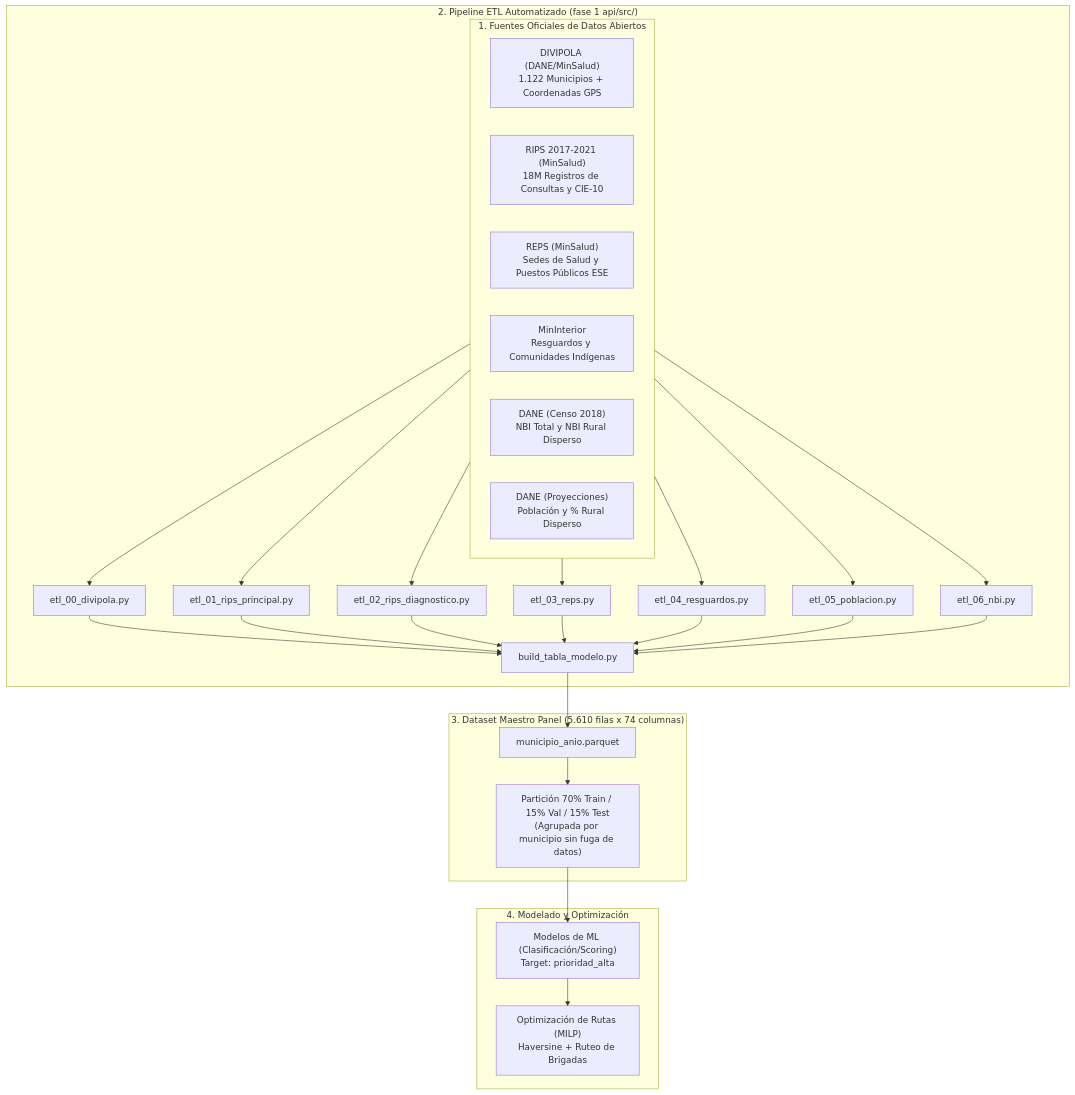
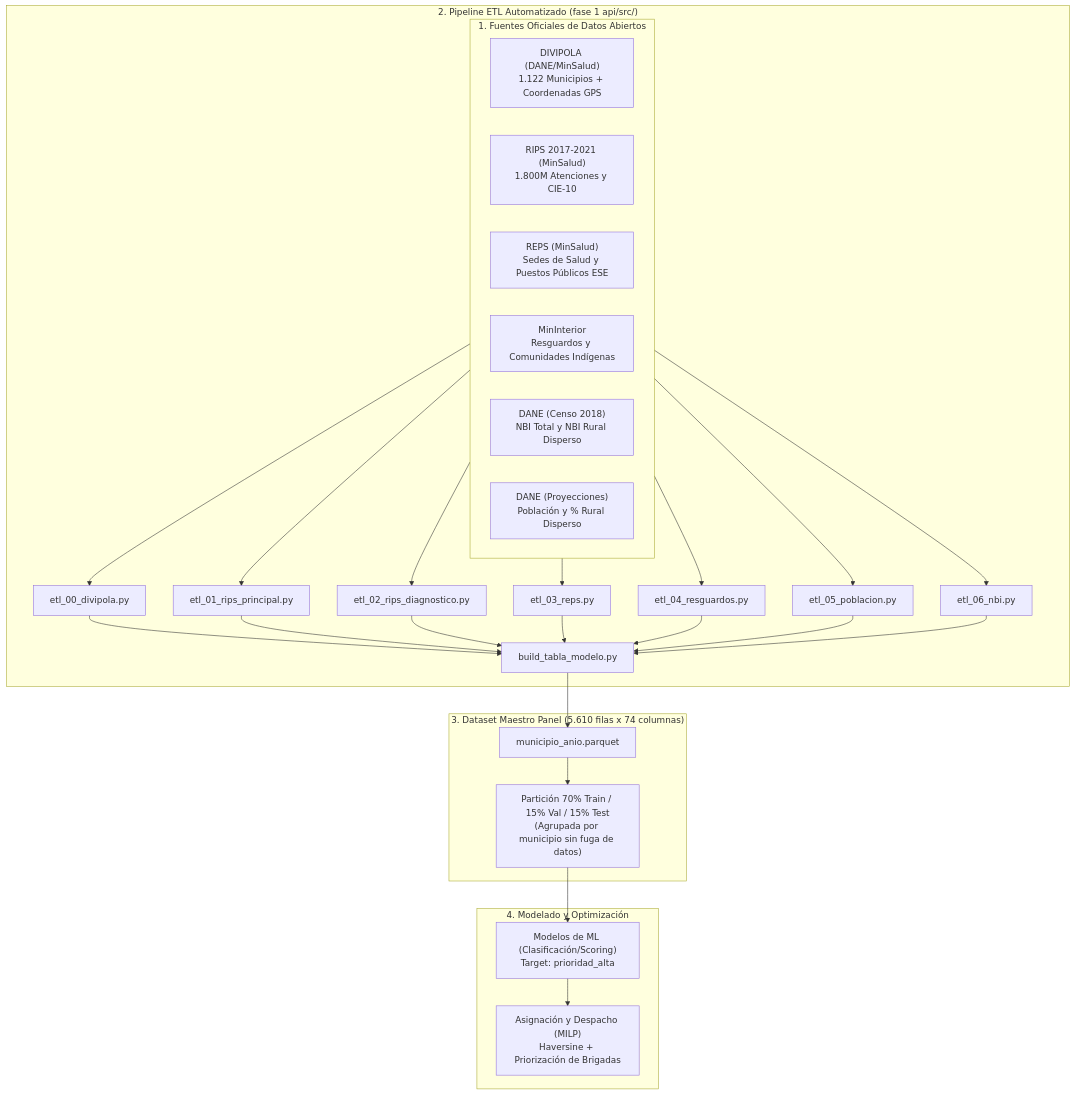
Before and after one commit to JormanNoriega/Proyecto-IA: the first of 2 diagrams in README.md, drawn with Mermaid. The commit also changed other lines of this file and 3 other files, not shown here.

````diff
--- a/README.md
+++ b/README.md
@@ -30,35 +30,35 @@
 ```mermaid
 flowchart TD
     subgraph Fuentes ["1. Fuentes Oficiales de Datos Abiertos"]
         F1["DIVIPOLA (DANE/MinSalud)<br/>1.122 Municipios + Coordenadas GPS"]
-        F2["RIPS 2017-2021 (MinSalud)<br/>18M Registros de Consultas y CIE-10"]
+        F2["RIPS 2017-2021 (MinSalud)<br/>1.800M Atenciones y CIE-10"]
         F3["REPS (MinSalud)<br/>Sedes de Salud y Puestos Públicos ESE"]
         F4["MinInterior<br/>Resguardos y Comunidades Indígenas"]
         F5["DANE (Censo 2018)<br/>NBI Total y NBI Rural Disperso"]
         F6["DANE (Proyecciones)<br/>Población y % Rural Disperso"]
     end
 
     subgraph ETL ["2. Pipeline ETL Automatizado (fase 1 api/src/)"]
         E0["etl_00_divipola.py"]
         E1["etl_01_rips_principal.py"]
         E2["etl_02_rips_diagnostico.py"]
         E3["etl_03_reps.py"]
         E4["etl_04_resguardos.py"]
         E5["etl_05_poblacion.py"]
         E6["etl_06_nbi.py"]
         BM["build_tabla_modelo.py"]
         Fuentes --> E0 & E1 & E2 & E3 & E4 & E5 & E6 --> BM
     end
 
     subgraph Dataset ["3. Dataset Maestro Panel (5.610 filas x 74 columnas)"]
         D1["municipio_anio.parquet"]
         D2["Partición 70% Train / 15% Val / 15% Test<br/>(Agrupada por municipio sin fuga de datos)"]
         BM --> D1 --> D2
     end
 
     subgraph Modelado ["4. Modelado y Optimización"]
         M1["Modelos de ML (Clasificación/Scoring)<br/>Target: prioridad_alta"]
-        M2["Optimización de Rutas (MILP)<br/>Haversine + Ruteo de Brigadas"]
+        M2["Asignación y Despacho (MILP)<br/>Haversine + Priorización de Brigadas"]
         D2 --> M1 --> M2
     end
 ```
````
